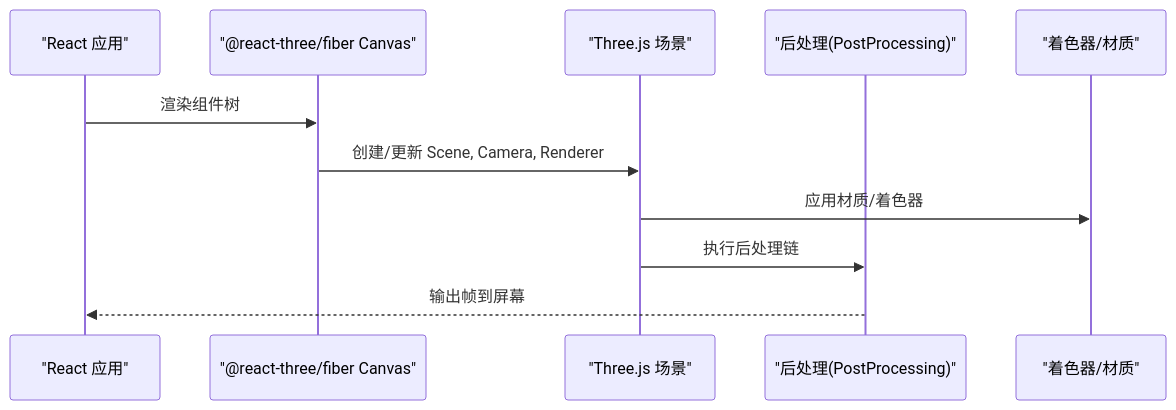
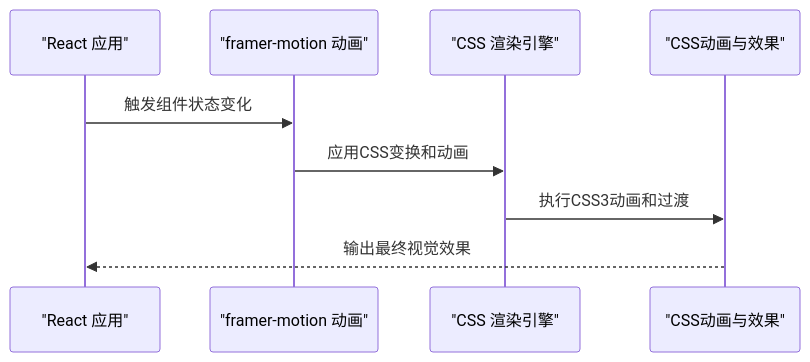
Before and after one commit to lithos666/lithos666.github.io: the second of 4 diagrams in .qoder/repowiki/zh/content/3D渲染系统/3D渲染系统.md, drawn with Mermaid. The commit also changed other lines of this file and 51 other files, not shown here.

````diff
--- a/.qoder/repowiki/zh/content/3D渲染系统/3D渲染系统.md
+++ b/.qoder/repowiki/zh/content/3D渲染系统/3D渲染系统.md
@@ -109,13 +100,11 @@
 ```mermaid
 sequenceDiagram
 participant R as "React 应用"
-participant F as "@react-three/fiber Canvas"
-participant T as "Three.js 场景"
-participant P as "后处理(PostProcessing)"
-participant S as "着色器/材质"
-R->>F : 渲染组件树
-F->>T : 创建/更新 Scene, Camera, Renderer
-T->>S : 应用材质/着色器
-T->>P : 执行后处理链
-P-->>R : 输出帧到屏幕
+participant M as "framer-motion 动画"
+participant C as "CSS 渲染引擎"
+participant A as "CSS动画与效果"
+R->>M : 触发组件状态变化
+M->>C : 应用CSS变换和动画
+C->>A : 执行CSS3动画和过渡
+A-->>R : 输出最终视觉效果
 ```
````
